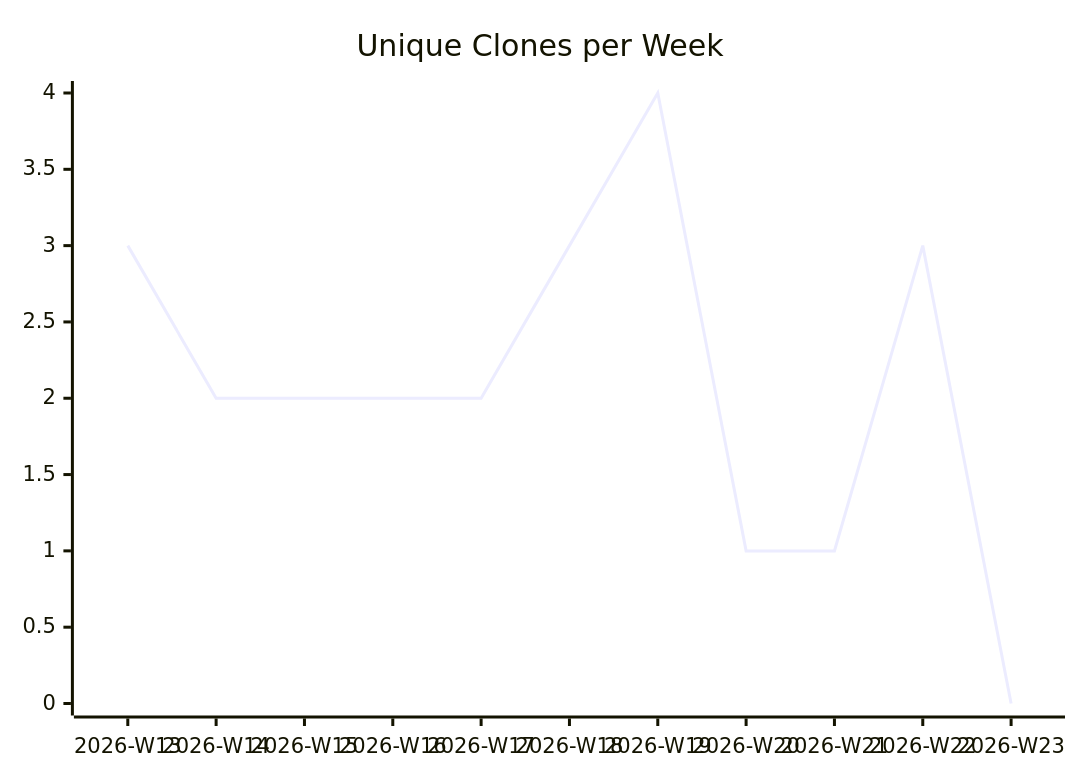
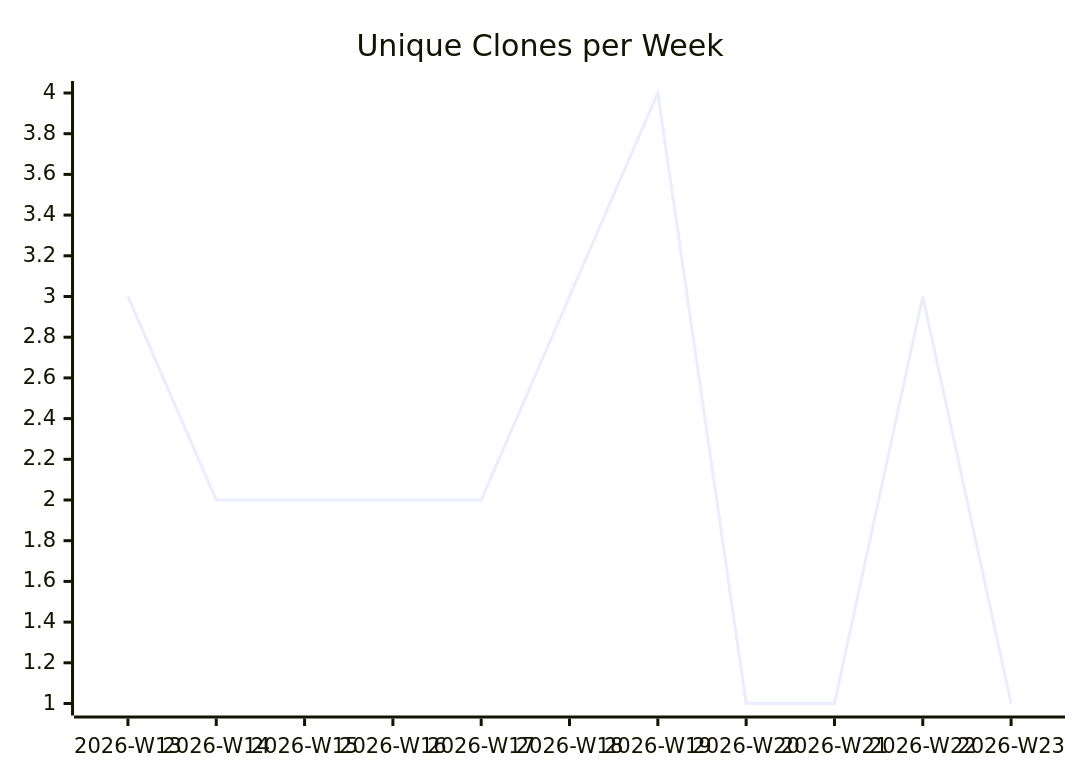
The third of 3 diagrams in karlmdavis/can-i-kayak-baltimore/README.md (justdavis-family/github-analytics-data), drawn with Mermaid before and after one commit. The commit also changed other lines of this file and 189 other files, not shown here.

````diff
--- a/karlmdavis/can-i-kayak-baltimore/README.md
+++ b/karlmdavis/can-i-kayak-baltimore/README.md
@@ -19,6 +19,6 @@
 ```mermaid
 xychart-beta
   title "Unique Clones per Week"
   x-axis ["2026-W13", "2026-W14", "2026-W15", "2026-W16", "2026-W17", "2026-W18", "2026-W19", "2026-W20", "2026-W21", "2026-W22", "2026-W23"]
-  line [3, 2, 2, 2, 2, 3, 4, 1, 1, 3, 0]
+  line [3, 2, 2, 2, 2, 3, 4, 1, 1, 3, 1]
 ```
````
